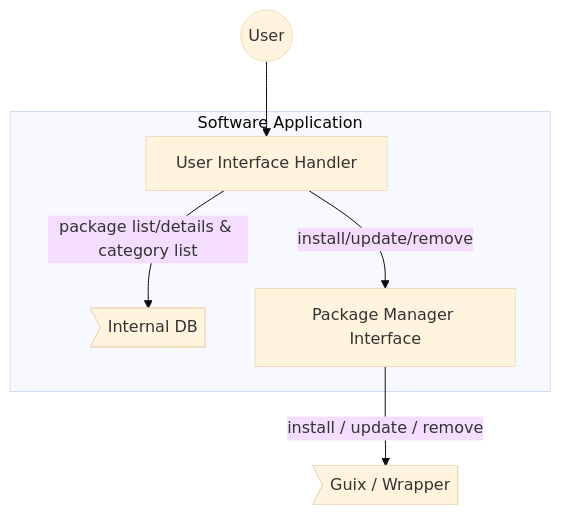
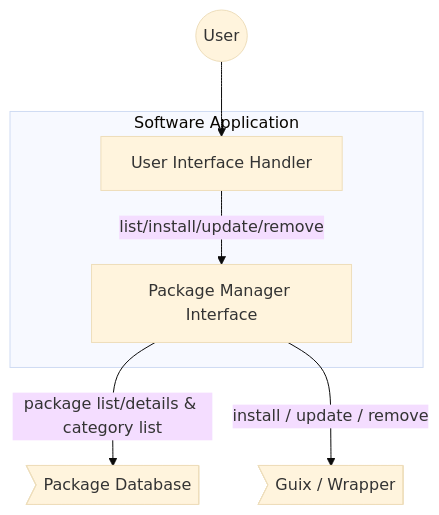
The diagram in README.md (PantherXOS/px-software), drawn with Mermaid (base theme) before and after one commit. The commit also changed other lines of this file and 1 other file, not shown here.

First line of the commit message:
make package manager interface responsible for all package related tasks

````diff
--- a/README.md
+++ b/README.md
@@ -9,15 +9,15 @@
 ```mermaid
 graph TD;
 USR((User))
 USR --> GUI
+DB>Package Database]
 subgraph Software Application
-   DB>Internal DB]
    GUI[User Interface Handler]
    PKG[Package Manager Interface]
-   GUI -- package list/details & category list --> DB
-   GUI -- install/update/remove --> PKG
+   GUI -- list/install/update/remove --> PKG
 end
 GUIX>Guix / Wrapper]
+PKG -- package list/details & category list --> DB
 PKG -->|install / update / remove| GUIX
 
 ```
````
